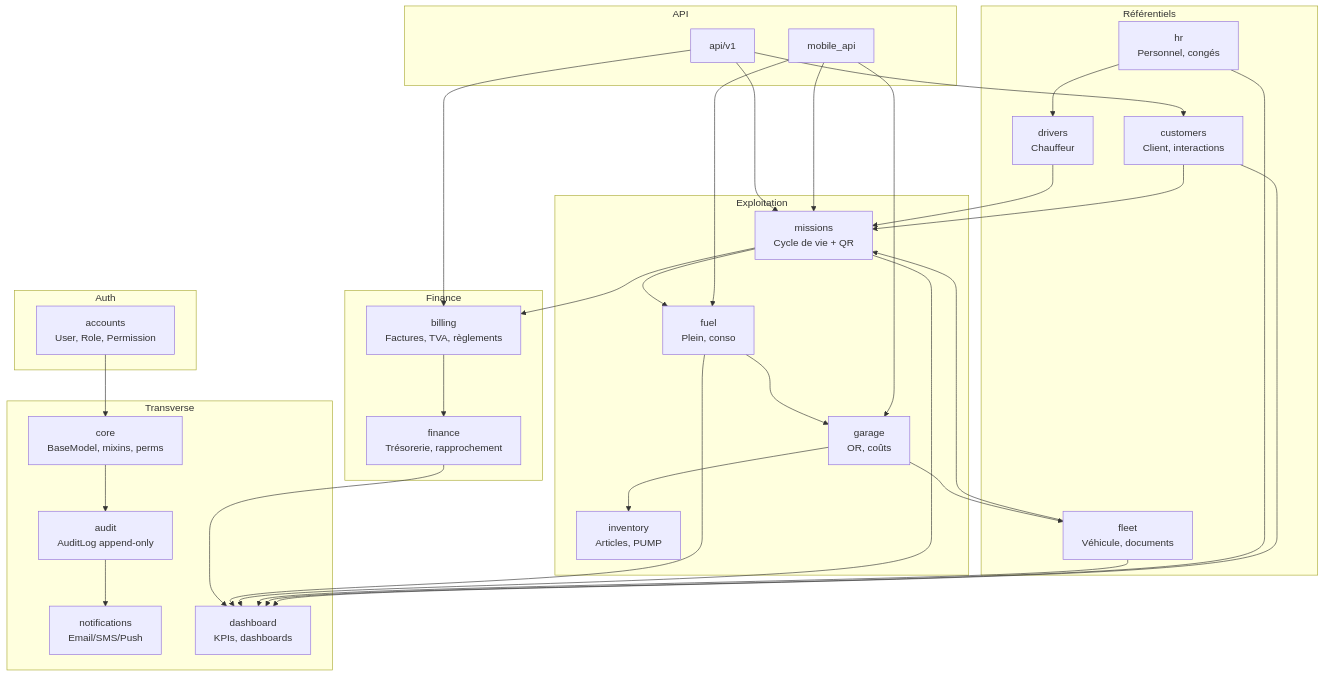
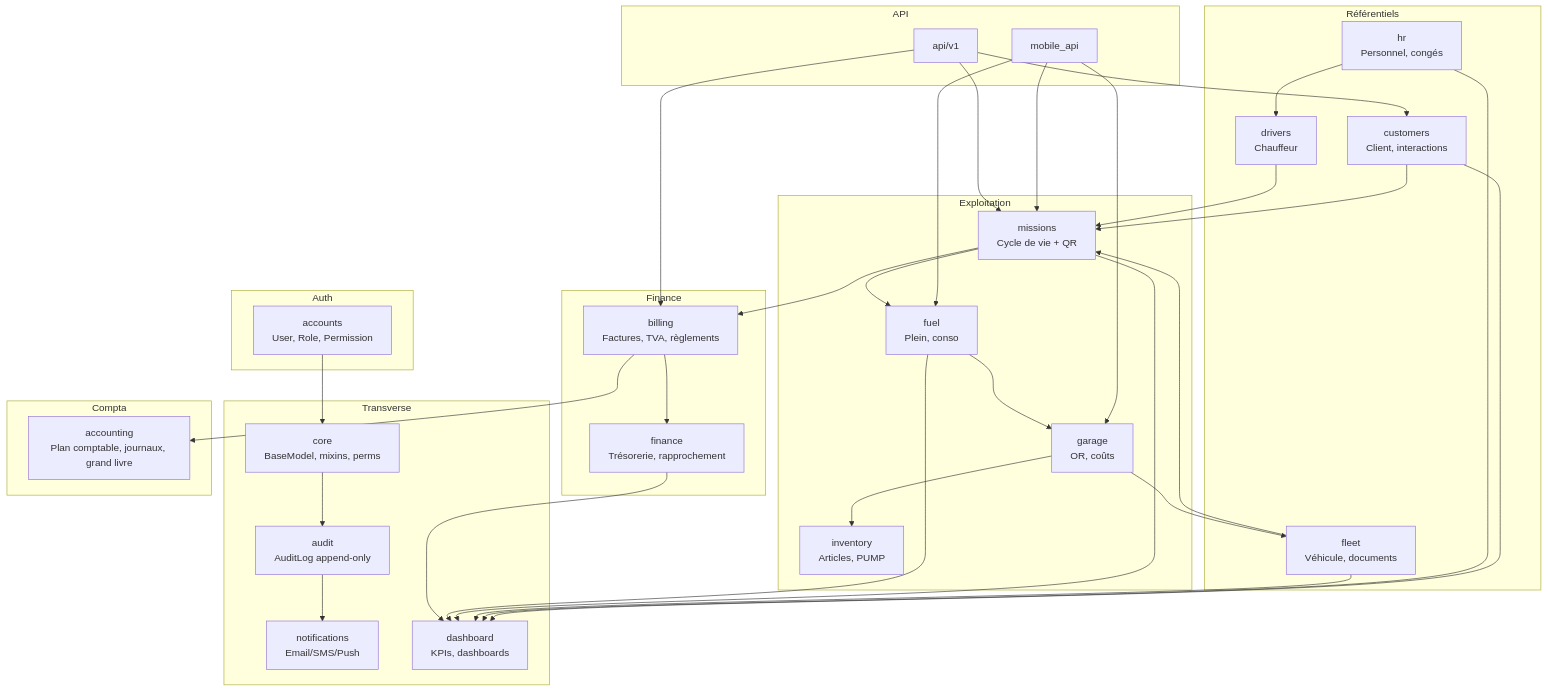
Before and after one commit to AFAQSUCA/erp-densource: the third of 10 diagrams in architecture.md, drawn with Mermaid. The commit also changed 25 other files, not shown here.

````diff
--- a/architecture.md
+++ b/architecture.md
@@ -97,63 +97,68 @@
 ```mermaid
 graph TD
     subgraph Auth
         ACC[accounts<br/>User, Role, Permission]
     end
 
     subgraph Transverse
         CORE[core<br/>BaseModel, mixins, perms]
         AUDIT[audit<br/>AuditLog append-only]
         NOTIF[notifications<br/>Email/SMS/Push]
         DASH[dashboard<br/>KPIs, dashboards]
     end
 
     subgraph Référentiels
         HR[hr<br/>Personnel, congés]
         DRV[drivers<br/>Chauffeur]
         CUST[customers<br/>Client, interactions]
         FLEET[fleet<br/>Véhicule, documents]
     end
 
     subgraph Exploitation
         MISSION[missions<br/>Cycle de vie + QR]
         FUEL[fuel<br/>Plein, conso]
         GARAGE[garage<br/>OR, coûts]
         INV[inventory<br/>Articles, PUMP]
     end
 
     subgraph Finance
         BILL[billing<br/>Factures, TVA, règlements]
         FIN[finance<br/>Trésorerie, rapprochement]
     end
 
+    subgraph Compta
+        ACCT[accounting<br/>Plan comptable, journaux, grand livre]
+    end
+
     subgraph API
         APIV1[api/v1]
         MOBAPI[mobile_api]
     end
 
     ACC --> CORE
     CORE --> AUDIT
     AUDIT --> NOTIF
     HR --> DRV
     DRV --> MISSION
     CUST --> MISSION
     FLEET --> MISSION
     MISSION --> FUEL
     MISSION --> BILL
     FUEL --> GARAGE
     GARAGE --> INV
     GARAGE --> FLEET
     BILL --> FIN
+    BILL --> ACCT
     FIN --> DASH
     FUEL --> DASH
     MISSION --> DASH
     FLEET --> DASH
     HR --> DASH
     CUST --> DASH
     APIV1 --> MISSION
     APIV1 --> BILL
     APIV1 --> CUST
     MOBAPI --> MISSION
     MOBAPI --> FUEL
     MOBAPI --> GARAGE
 ```
````
